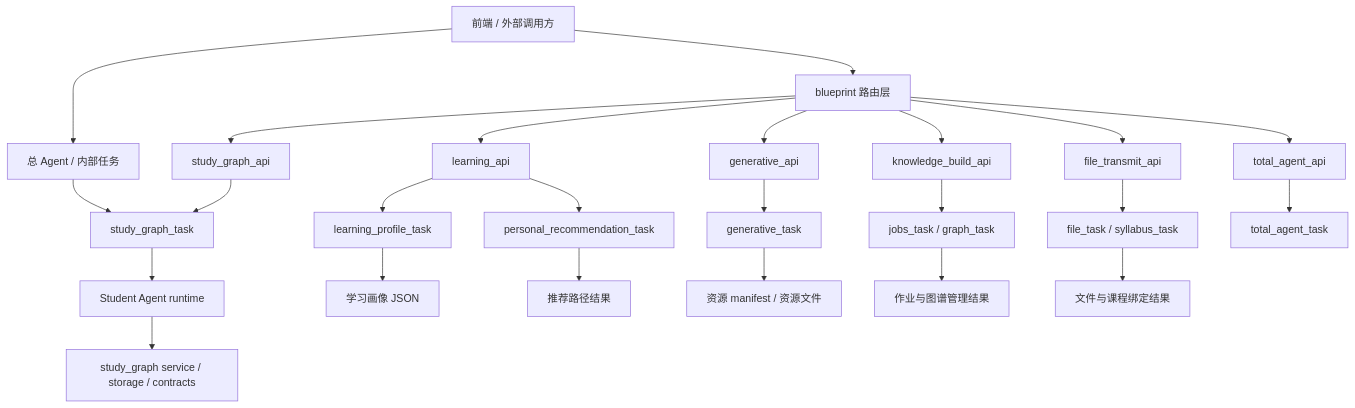
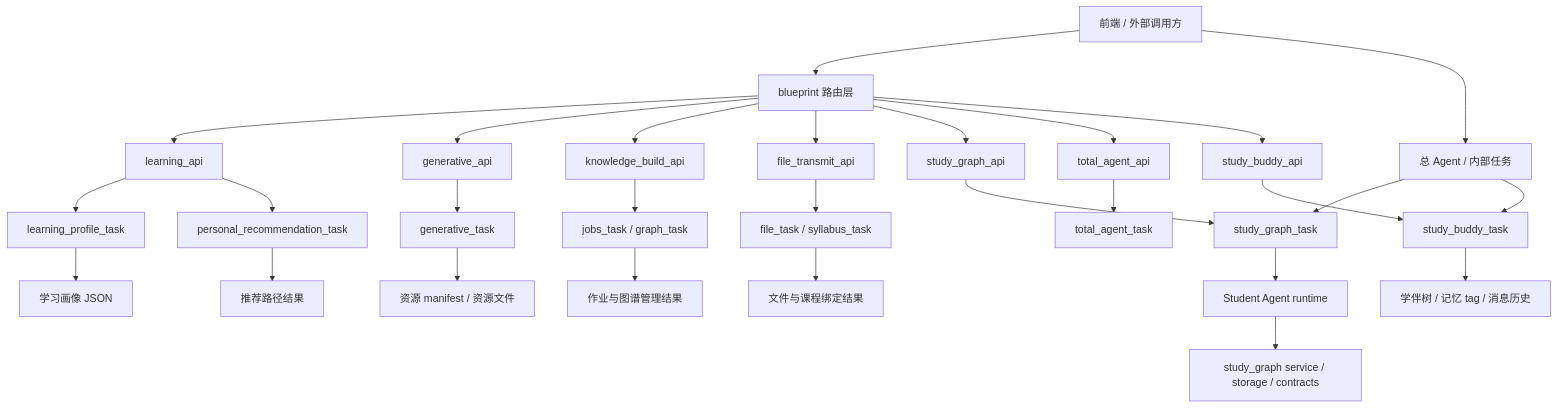
One commit to ChesterNotChest/LianJue_Backend changed the diagram in docs/interface_call_dev_doc.md. Above: the diagram before and after it, drawn with Mermaid. The commit also changed other lines of this file and 7 other files, not shown here.

````diff
--- a/docs/interface_call_dev_doc.md
+++ b/docs/interface_call_dev_doc.md
@@ -31,26 +32,30 @@
 ```mermaid
 flowchart TD
   A[前端 / 外部调用方] --> B[blueprint 路由层]
   B --> C1[learning_api]
   B --> C2[generative_api]
   B --> C3[knowledge_build_api]
   B --> C4[file_transmit_api]
   B --> C5[study_graph_api]
   B --> C6[total_agent_api]
+  B --> C7[study_buddy_api]
   C1 --> D1[learning_profile_task]
   C1 --> D2[personal_recommendation_task]
   C2 --> D3[generative_task]
   C3 --> D4[jobs_task / graph_task]
   C4 --> D5[file_task / syllabus_task]
   C5 --> D6[study_graph_task]
   C6 --> D7[total_agent_task]
+  C7 --> D8[study_buddy_task]
   A --> E[总 Agent / 内部任务]
   E --> D6[study_graph_task]
+  E --> D8[study_buddy_task]
   D6 --> F1[Student Agent runtime]
   F1 --> F2[study_graph service / storage / contracts]
   D1 --> F3[学习画像 JSON]
   D2 --> F4[推荐路径结果]
   D3 --> F5[资源 manifest / 资源文件]
   D4 --> F6[作业与图谱管理结果]
   D5 --> F7[文件与课程绑定结果]
+  D8 --> F8[学伴树 / 记忆 tag / 消息历史]
 ```
````
